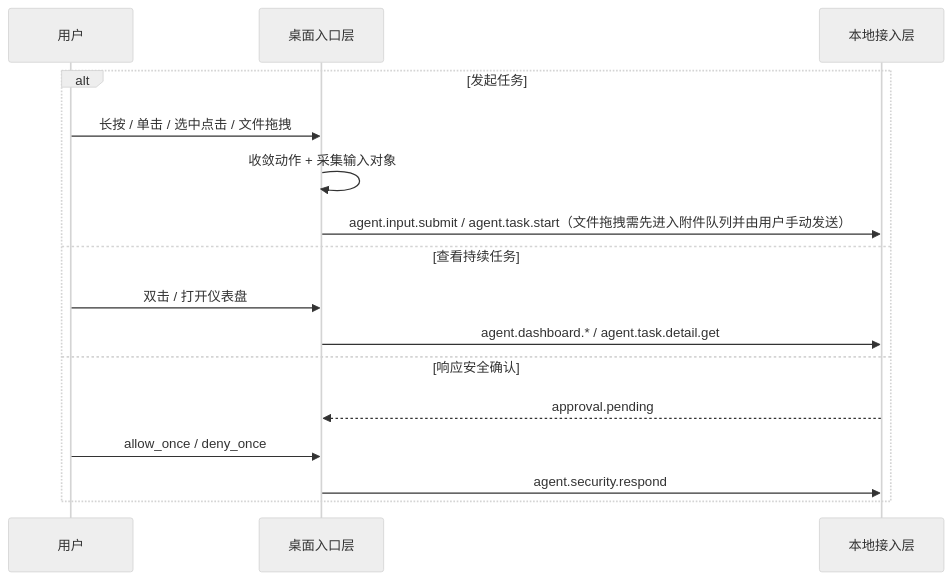
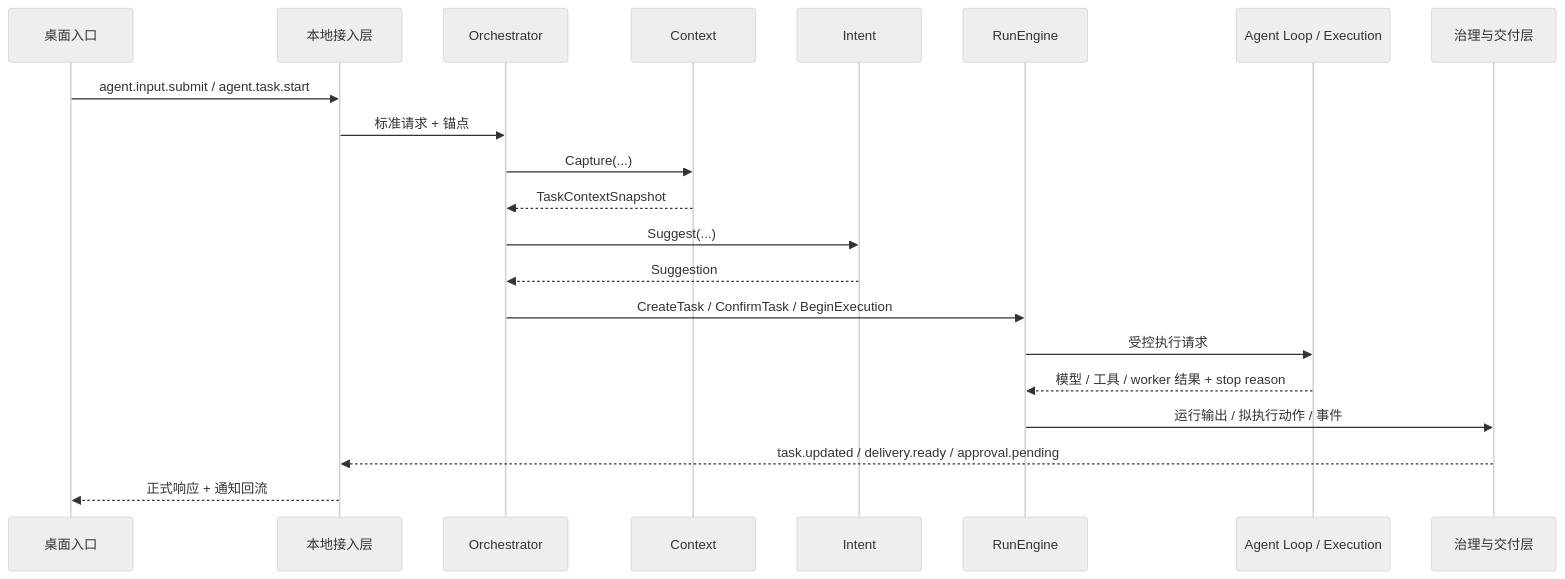
One commit to Blackcloudss/CialloClaw changed the third of 5 diagrams in docs/architecture-overview.md. Above: the diagram before and after it, drawn with Mermaid (neutral theme). The commit also changed other lines of this file, not shown here.

Commit message:
docs(architecture): replace overview with v7 baseline

````diff
--- a/docs/architecture-overview.md
+++ b/docs/architecture-overview.md
@@ -201,19 +302,24 @@
 ```mermaid
 sequenceDiagram
-    participant U as 用户
-    participant IN as 桌面入口层
-    participant ACCESS as 本地接入层
+    participant UI as 桌面入口
+    participant RPC as 本地接入层
+    participant OR as Orchestrator
+    participant CTX as Context
+    participant INT as Intent
+    participant RUN as RunEngine
+    participant EXEC as Agent Loop / Execution
+    participant GOV as 治理与交付层
 
-    alt 发起任务
-        U->>IN: 长按 / 单击 / 选中点击 / 文件拖拽
-        IN->>IN: 收敛动作 + 采集输入对象
-        IN->>ACCESS: agent.input.submit / agent.task.start（文件拖拽需先进入附件队列并由用户手动发送）
-    else 查看持续任务
-        U->>IN: 双击 / 打开仪表盘
-        IN->>ACCESS: agent.dashboard.* / agent.task.detail.get
-    else 响应安全确认
-        ACCESS-->>IN: approval.pending
-        U->>IN: allow_once / deny_once
-        IN->>ACCESS: agent.security.respond
-    end
+    UI->>RPC: agent.input.submit / agent.task.start
+    RPC->>OR: 标准请求 + 锚点
+    OR->>CTX: Capture(...)
+    CTX-->>OR: TaskContextSnapshot
+    OR->>INT: Suggest(...)
+    INT-->>OR: Suggestion
+    OR->>RUN: CreateTask / ConfirmTask / BeginExecution
+    RUN->>EXEC: 受控执行请求
+    EXEC-->>RUN: 模型 / 工具 / worker 结果 + stop reason
+    RUN->>GOV: 运行输出 / 拟执行动作 / 事件
+    GOV-->>RPC: task.updated / delivery.ready / approval.pending
+    RPC-->>UI: 正式响应 + 通知回流
 ```
````
